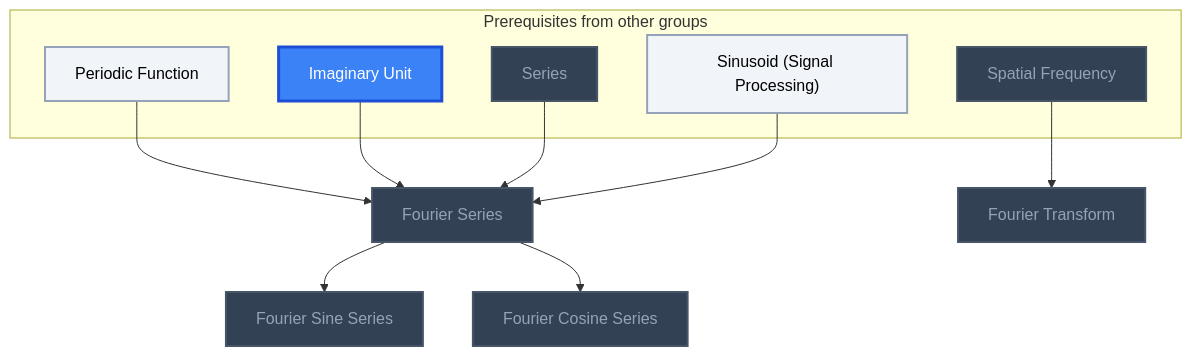
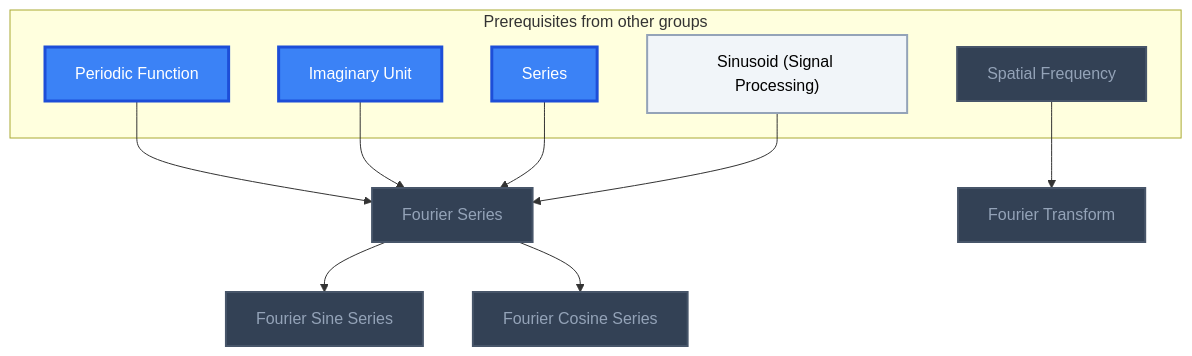
One commit to MRauf1/My-Notes changed diagram 22 of 22 in Gamification/Skill Trees/Real Analysis.md. Above: the diagram before and after it, drawn with Mermaid. The commit also changed other lines of this file and 145 other files, not shown here.

````diff
--- a/Gamification/Skill Trees/Real Analysis.md
+++ b/Gamification/Skill Trees/Real Analysis.md
@@ -1503,34 +1547,34 @@
 ```mermaid
 flowchart TD
     classDef planned fill:#1E293B,stroke:#64748B,stroke-width:2px,stroke-dasharray:5 5,color:#94A3B8;
     classDef locked fill:#334155,stroke:#475569,stroke-width:2px,color:#94A3B8;
     classDef L0 fill:#F1F5F9,stroke:#94A3B8,stroke-width:2px,color:#000000;
     classDef L1 fill:#22C55E,stroke:#15803D,stroke-width:2px,color:#000000;
     classDef L2 fill:#3B82F6,stroke:#1D4ED8,stroke-width:3px,color:#FFFFFF;
     classDef L3 fill:#A855F7,stroke:#6B21A8,stroke-width:3px,color:#FFFFFF,font-weight:bold;
     classDef L4 fill:#F97316,stroke:#C2410C,stroke-width:4px,color:#000000,font-weight:bold;
     classDef L5 fill:#FFD700,stroke:#FF8C00,stroke-width:5px,color:#000000,font-weight:bold;
     classDef rusty stroke:#8B4513,stroke-width:4px,stroke-dasharray:3 3;
     subgraph sg_prereqs["Prerequisites from other groups"]
         n_periodic_function["Periodic Function"]
         n_imaginary_unit["Imaginary Unit"]
         n_series["Series"]
         n_sinusoid_signal_processing["Sinusoid (Signal Processing)"]
         n_spatial_frequency["Spatial Frequency"]
     end
     n_fourier_series["Fourier Series"]
     n_fourier_sine_series["Fourier Sine Series"]
     n_fourier_cosine_series["Fourier Cosine Series"]
     n_fourier_transform["Fourier Transform"]
     n_periodic_function --> n_fourier_series
     n_imaginary_unit --> n_fourier_series
     n_series --> n_fourier_series
     n_sinusoid_signal_processing --> n_fourier_series
     n_fourier_series --> n_fourier_sine_series
     n_fourier_series --> n_fourier_cosine_series
     n_spatial_frequency --> n_fourier_transform
-    class n_series,n_spatial_frequency,n_fourier_series,n_fourier_sine_series,n_fourier_cosine_series,n_fourier_transform locked;
-    class n_periodic_function,n_sinusoid_signal_processing L0;
-    class n_imaginary_unit L2;
+    class n_spatial_frequency,n_fourier_series,n_fourier_sine_series,n_fourier_cosine_series,n_fourier_transform locked;
+    class n_sinusoid_signal_processing L0;
+    class n_periodic_function,n_imaginary_unit,n_series L2;
     class n_periodic_function,n_imaginary_unit,n_series,n_sinusoid_signal_processing,n_spatial_frequency,n_fourier_series,n_fourier_sine_series,n_fourier_cosine_series,n_fourier_transform internal-link;
 ```
````
